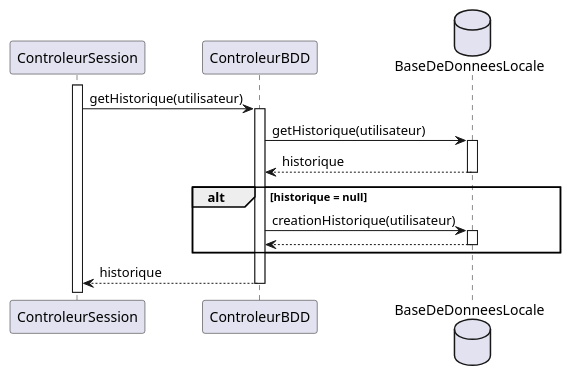
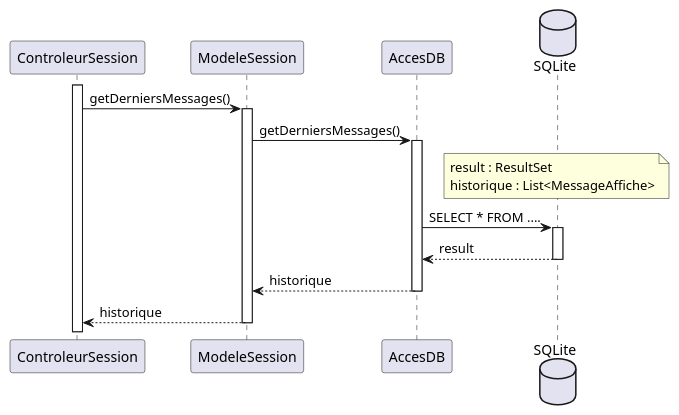
Before and after one commit to arc-hugo/clavardage_uml: the diagram in sequence/recuperation_historique.wsd, drawn with PlantUML. The commit also changed 29 other files, not shown here.

Commit message:
correction sequences

```diff
--- a/sequence/recuperation_historique.wsd
+++ b/sequence/recuperation_historique.wsd
@@ -1,18 +1,20 @@
 @startuml recuperation_historique
 activate ControleurSession
-ControleurSession -> ControleurBDD : getHistorique(utilisateur)
-activate ControleurBDD
-database BaseDeDonneesLocale
-ControleurBDD -> BaseDeDonneesLocale : getHistorique(utilisateur)
-activate BaseDeDonneesLocale
-BaseDeDonneesLocale --> ControleurBDD : historique
-deactivate BaseDeDonneesLocale
-alt historique = null
-    ControleurBDD -> BaseDeDonneesLocale : creationHistorique(utilisateur)
-    activate BaseDeDonneesLocale
-    BaseDeDonneesLocale --> ControleurBDD
-    deactivate BaseDeDonneesLocale
-end
-ControleurBDD --> ControleurSession : historique
-deactivate ControleurBDD
+ControleurSession -> ModeleSession : getDerniersMessages()
+activate ModeleSession
+ModeleSession -> AccesDB : getDerniersMessages()
+activate AccesDB
+database SQLite
+note over SQLite
+result : ResultSet
+historique : List<MessageAffiche>
+end note
+AccesDB -> SQLite : SELECT * FROM ....
+activate SQLite
+SQLite --> AccesDB : result
+deactivate SQLite
+AccesDB --> ModeleSession : historique
+deactivate AccesDB
+ModeleSession --> ControleurSession : historique
+deactivate ModeleSession
 @enduml
```
